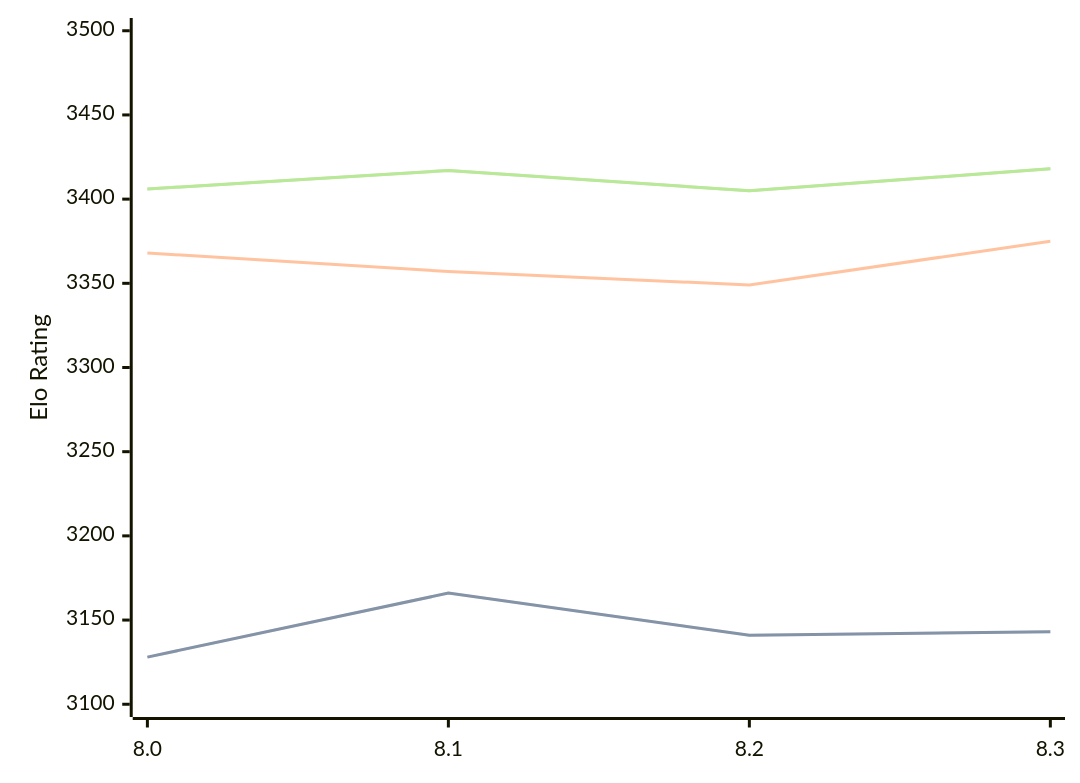
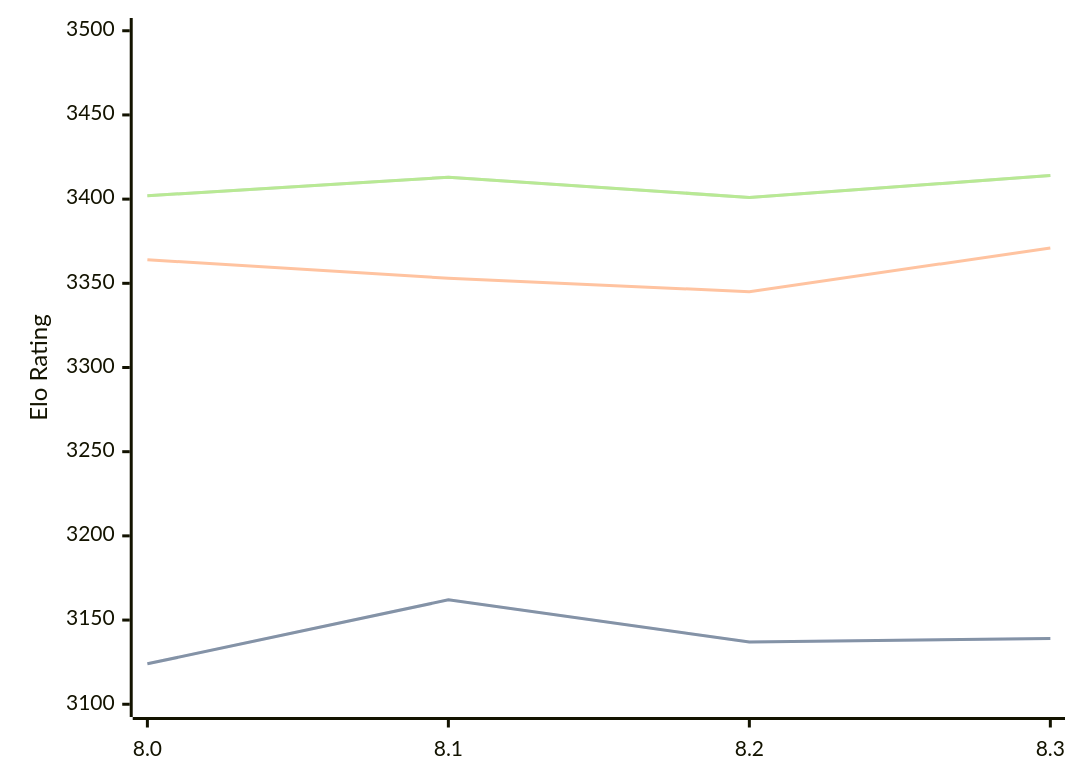
The first of 3 diagrams in engines/Alexander.md (computer-chess-index/cci), drawn with Mermaid before and after one commit. The commit also changed other lines of this file, not shown here.

Commit message:
Update CCI Ratings (ELO VLTC) - 2026-07-16

````diff
--- a/engines/Alexander.md
+++ b/engines/Alexander.md
@@ -48,11 +48,11 @@
 ```mermaid
 %%{init: {"theme":"base","themeVariables":{"seriesColors:['#a3a3a3','#222221','#faa371']}}}%%
 xychart-beta
   x-axis ["8.0", "8.1", "8.2", "8.3"]
   y-axis "Elo Rating" 3100 --> 3500
-  line "STC (8.0+0.08s)" [3128, 3166, 3141, 3143]
-  line "STC (8.0+0.08s)" [3128, 3166, 3141, 3143]
-  line "LTC (60.0+0.60s)" [3368, 3357, 3349, 3375]
-  line "VLTC (2m24s+1.12s)" [3406, 3417, 3405, 3418]
-  line "VLTC (2m24s+1.12s)" [3406, 3417, 3405, 3418]
+  line "STC (8.0+0.08s)" [3124, 3162, 3137, 3139]
+  line "STC (8.0+0.08s)" [3124, 3162, 3137, 3139]
+  line "LTC (60.0+0.60s)" [3364, 3353, 3345, 3371]
+  line "VLTC (2m24s+1.12s)" [3402, 3413, 3401, 3414]
+  line "VLTC (2m24s+1.12s)" [3402, 3413, 3401, 3414]
 ```
````
